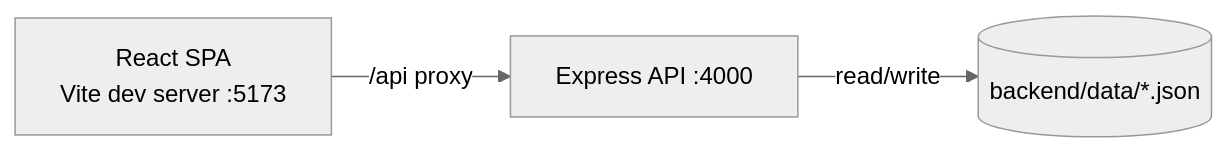
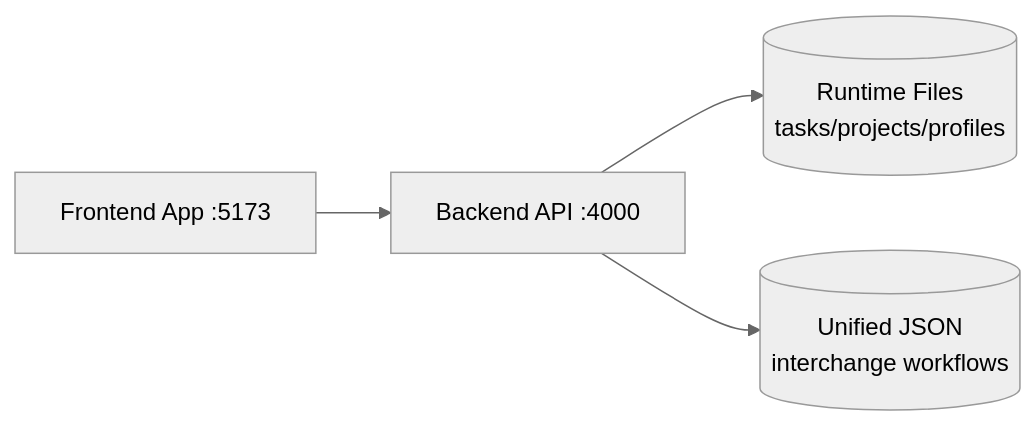
Before and after one commit to RifqiMT/focista-schedulo: the diagram in docs/ARCHITECTURE.md, drawn with Mermaid (neutral theme). The commit also changed other lines of this file and 40 other files, not shown here.

````diff
--- a/docs/ARCHITECTURE.md
+++ b/docs/ARCHITECTURE.md
@@ -32,5 +19,11 @@
 ```mermaid
 flowchart LR
-  UI[React SPA<br/>Vite dev server :5173] -->|/api proxy| API[Express API :4000]
-  API -->|read/write| JSON[(backend/data/*.json)]
+  UI[Frontend App :5173]
+  API[Backend API :4000]
+  RT[(Runtime Files<br/>tasks/projects/profiles)]
+  UJ[(Unified JSON<br/>interchange workflows)]
+
+  UI --> API
+  API --> RT
+  API --> UJ
 ```
````
